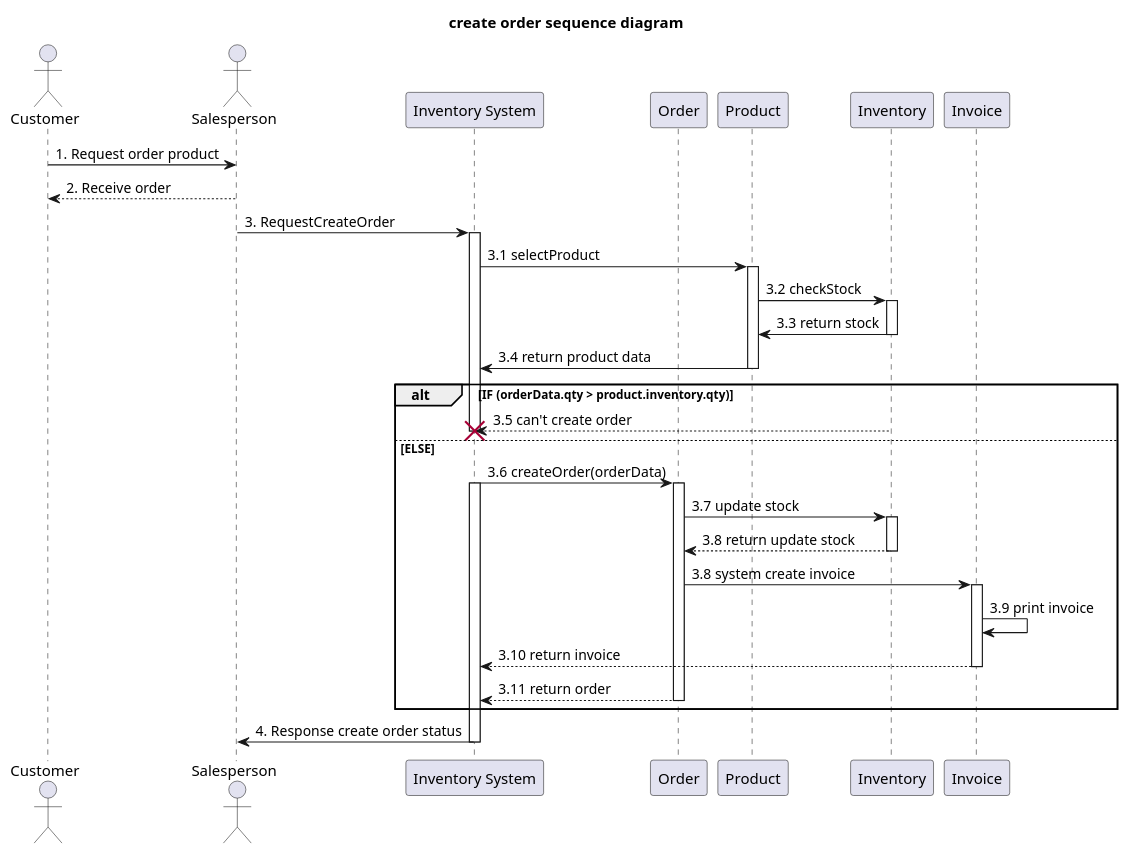
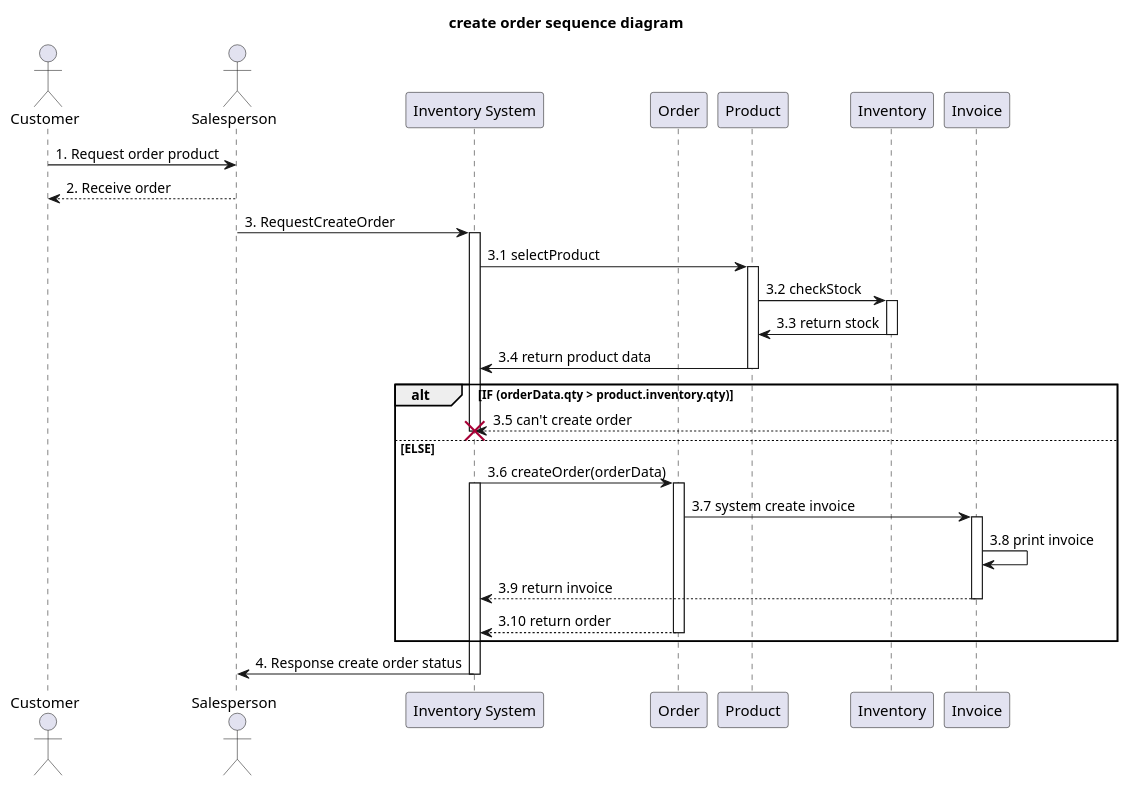
One commit to billowdev/inventory-system-plantuml-sequelize-seeder-example changed the diagram in system-analysis/sequence/_4_2_sequence-create-order.puml. Above: the diagram before and after it, drawn with PlantUML.

```diff
--- a/system-analysis/sequence/_4_2_sequence-create-order.puml
+++ b/system-analysis/sequence/_4_2_sequence-create-order.puml
@@ -1,71 +1,67 @@
 @startuml
 'example
 title create order sequence diagram
 
 actor Customer as actorCustomer
 
 actor Salesperson as actorSalesperson
 participant "Inventory System" as InventorySystem
 participant "Order" as classOrder
 participant "Product" as classProduct
 participant "Inventory" as classInventory
 participant "Invoice" as classInvoice
 
 
 actorCustomer -> actorSalesperson : 1. Request order product
 
 actorSalesperson --> actorCustomer : 2. Receive order
 
 actorSalesperson -> InventorySystem: 3. RequestCreateOrder
 activate InventorySystem
 
 '-------------- START create order ---------------
 InventorySystem -> classProduct: 3.1 selectProduct
 activate classProduct
 
 classProduct -> classInventory: 3.2 checkStock
 activate classInventory
 
 classInventory -> classProduct: 3.3 return stock
 deactivate classInventory
 
 classProduct -> InventorySystem: 3.4 return product data
 deactivate classProduct
 
 alt IF (orderData.qty > product.inventory.qty)
 classInventory --> InventorySystem : 3.5 can't create order
 'deactivate InventorySystem
  destroy InventorySystem
 
 else ELSE
 
 InventorySystem -> classOrder: 3.6 createOrder(orderData)
 activate classOrder
 activate InventorySystem
 
-classOrder -> classInventory: 3.7 update stock
-activate classInventory
 
-classInventory --> classOrder: 3.8 return update stock
-deactivate classInventory
 
-classOrder -> classInvoice : 3.8 system create invoice
+classOrder -> classInvoice : 3.7 system create invoice
 
 activate classInvoice
-classInvoice -> classInvoice : 3.9 print invoice
-classInvoice --> InventorySystem: 3.10 return invoice
+classInvoice -> classInvoice : 3.8 print invoice
+classInvoice --> InventorySystem: 3.9 return invoice
 
 deactivate classInvoice
-classOrder --> InventorySystem: 3.11 return order
+classOrder --> InventorySystem: 3.10 return order
 deactivate classOrder
 
 end
 
 
 InventorySystem -> actorSalesperson: 4. Response create order status
 deactivate InventorySystem
 
 
 
 
 @enduml
```
